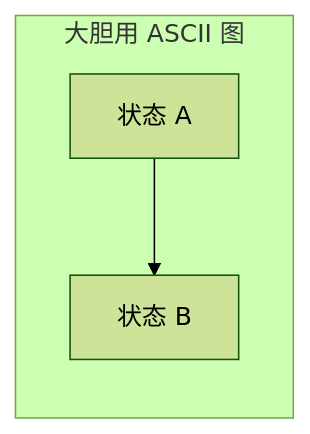
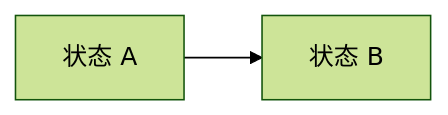
The first of 3 diagrams in references/explore.md (Kirky-X/specmark), drawn with Mermaid (forest theme) before and after one commit. The commit also changed other lines of this file and 4 other files, not shown here.

````diff
--- a/references/explore.md
+++ b/references/explore.md
@@ -49,6 +49,4 @@
 ```mermaid
 flowchart LR
-  subgraph frame["大胆用 ASCII 图"]
-    A["状态 A"] --> B["状态 B"]
-  end
+  A["状态 A"] --> B["状态 B"]
 ```
````
